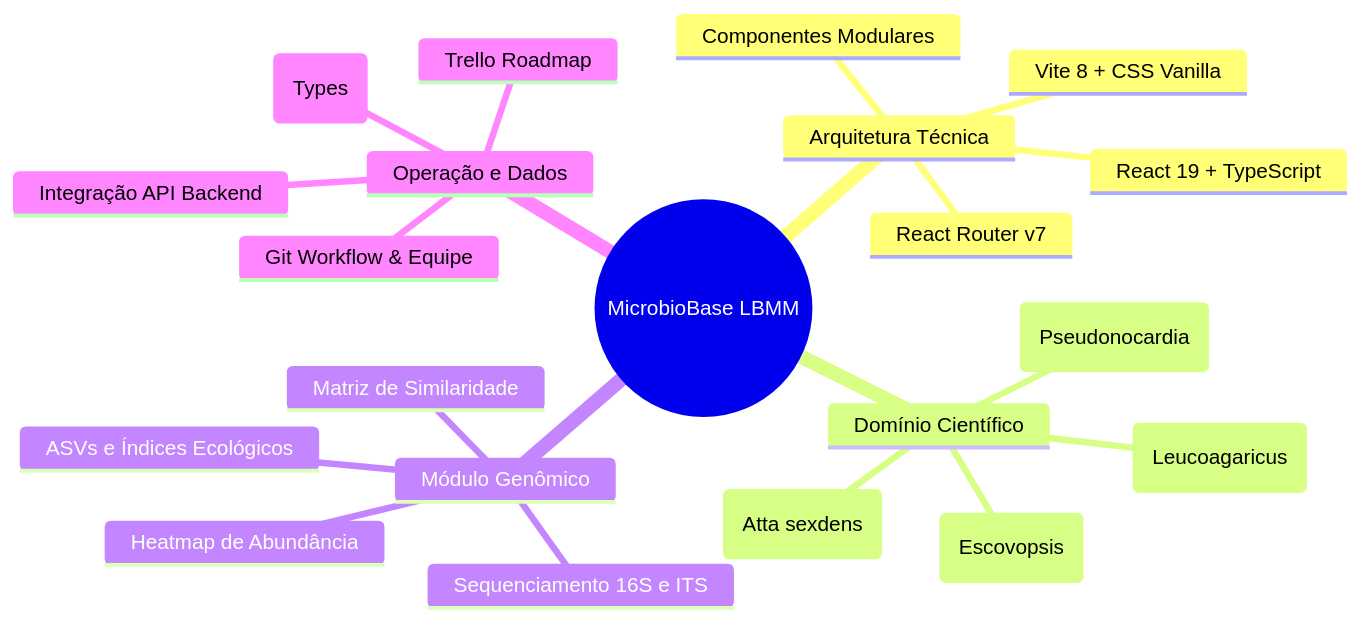
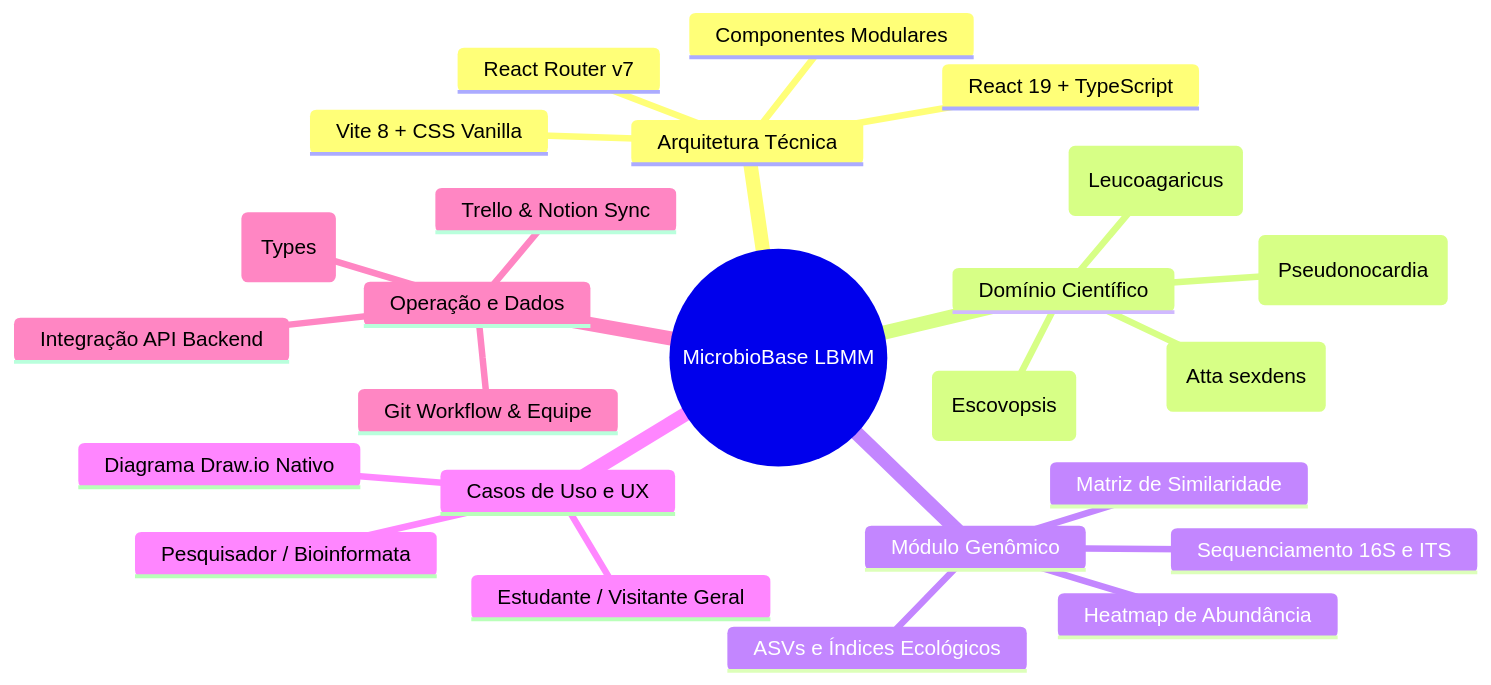
Before and after one commit to Lab-LBMM/fungus_garden_web_front: the diagram in docs/MicrobioBase - LBMM/00 - Visão Geral e Mapa Mental.md, drawn with Mermaid. The commit also changed other lines of this file and 3 other files, not shown here.

Commit message:
docs: atualiza base de conhecimento do Obsidian com casos de uso e status do Trello

````diff
--- a/docs/MicrobioBase - LBMM/00 - Visão Geral e Mapa Mental.md
+++ b/docs/MicrobioBase - LBMM/00 - Visão Geral e Mapa Mental.md
@@ -23,24 +23,28 @@
 ```mermaid
 mindmap
   root((MicrobioBase LBMM))
     Arquitetura Técnica
       React 19 + TypeScript
       Vite 8 + CSS Vanilla
       React Router v7
       Componentes Modulares
     Domínio Científico
       Formigas Atíneas (Atta sexdens)
       Jardim de Fungo (Leucoagaricus)
       Patógeno Especialista (Escovopsis)
       Mutualistas Químicos (Pseudonocardia)
     Módulo Genômico
       Sequenciamento 16S e ITS
       ASVs e Índices Ecológicos
       Heatmap de Abundância
       Matriz de Similaridade
+    Casos de Uso e UX
+      Pesquisador / Bioinformata
+      Estudante / Visitante Geral
+      Diagrama Draw.io Nativo
     Operação e Dados
       Modelagem de Dados (Types)
       Integração API Backend
       Git Workflow & Equipe
-      Trello Roadmap
+      Trello & Notion Sync
 ```
````
